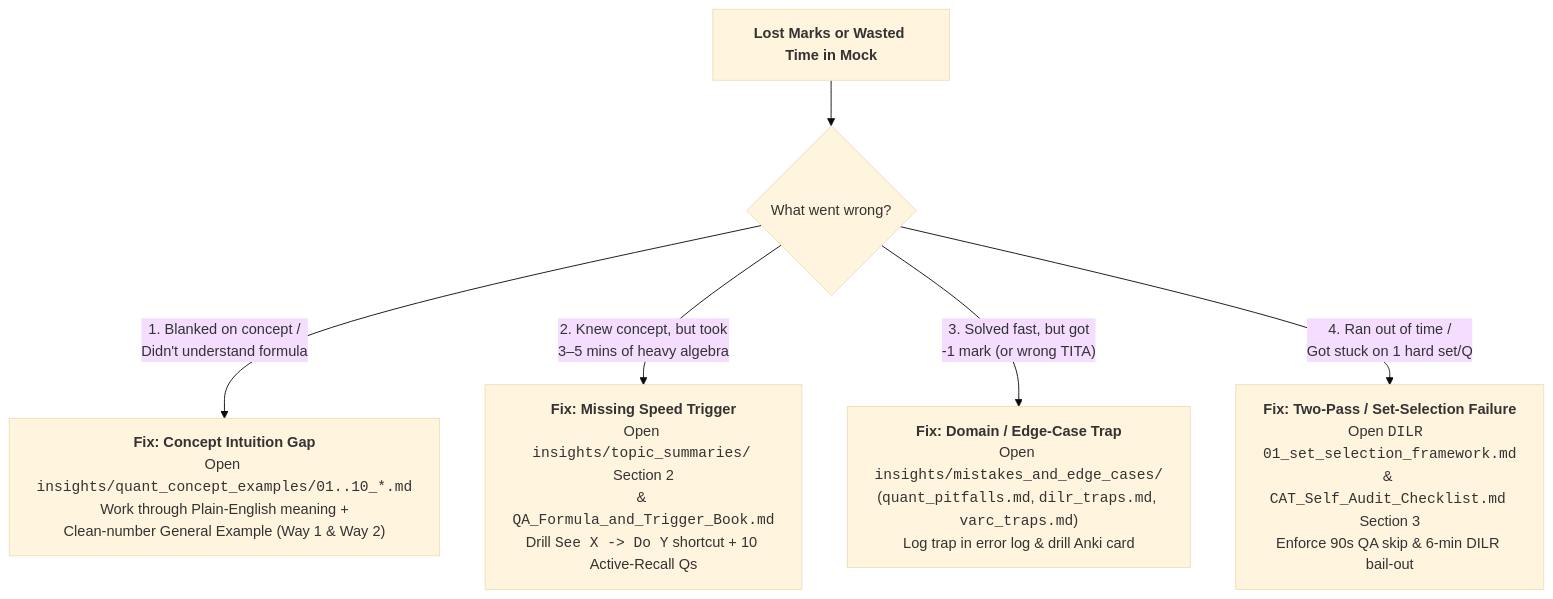
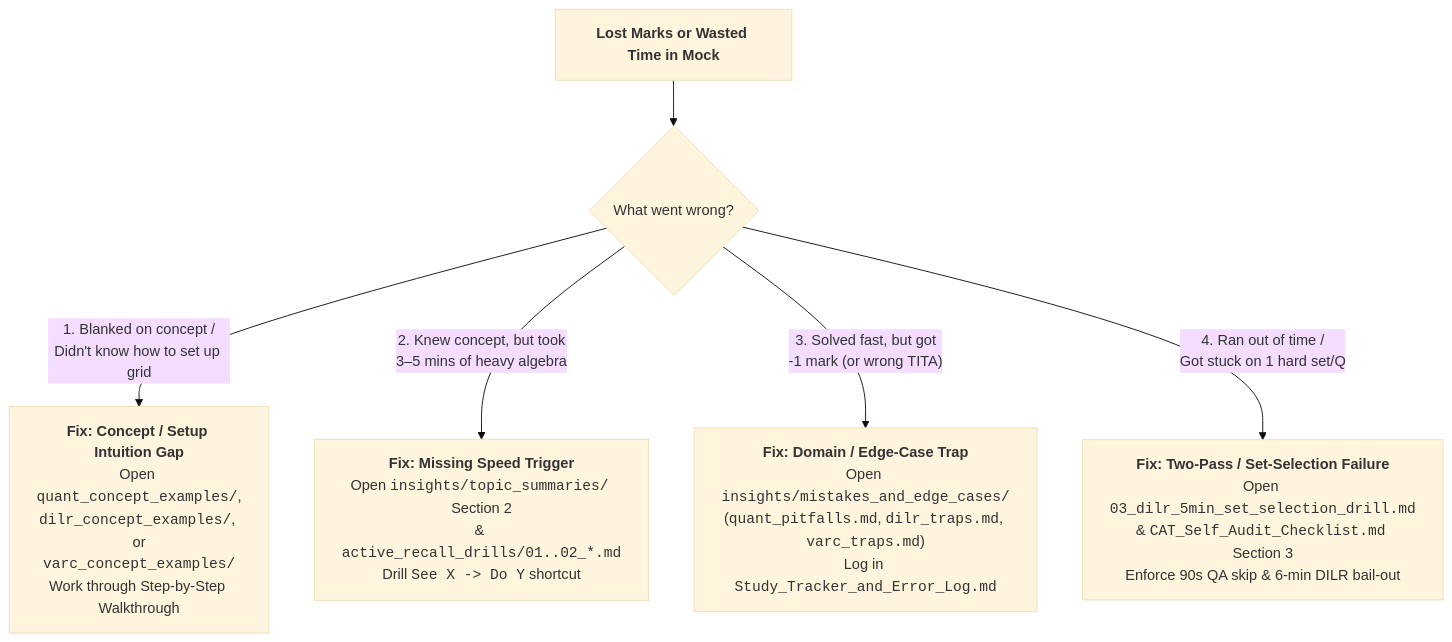
One commit to Vallabhkejgir/CAT-Prep changed the third of 3 diagrams in insights/CAT_Study_Roadmap_and_Flow.md. Above: the diagram before and after it, drawn with Mermaid (base theme). The commit also changed other lines of this file and 60 other files, not shown here.

Commit message:
Add DILR/VARC concept examples, CAT 2025 practice papers, active recall drills, and study tracker

````diff
--- a/insights/CAT_Study_Roadmap_and_Flow.md
+++ b/insights/CAT_Study_Roadmap_and_Flow.md
@@ -195,12 +193,12 @@
 ```mermaid
 flowchart TD
     Root["<b>Lost Marks or Wasted Time in Mock</b>"] --> Q1{"What went wrong?"}
 
-    Q1 -->|"1. Blanked on concept /<br/>Didn't understand formula"| Fix1["<b>Fix: Concept Intuition Gap</b><br/>Open <code>insights/quant_concept_examples/01..10_*.md</code><br/>Work through Plain-English meaning +<br/>Clean-number General Example (Way 1 & Way 2)"]
+    Q1 -->|"1. Blanked on concept /<br/>Didn't know how to set up grid"| Fix1["<b>Fix: Concept / Setup Intuition Gap</b><br/>Open <code>quant_concept_examples/</code>,<br/><code>dilr_concept_examples/</code>, or<br/><code>varc_concept_examples/</code><br/>Work through Step-by-Step Walkthrough"]
 
-    Q1 -->|"2. Knew concept, but took<br/>3–5 mins of heavy algebra"| Fix2["<b>Fix: Missing Speed Trigger</b><br/>Open <code>insights/topic_summaries/</code> Section 2<br/>& <code>QA_Formula_and_Trigger_Book.md</code><br/>Drill <code>See X -> Do Y</code> shortcut + 10 Active-Recall Qs"]
+    Q1 -->|"2. Knew concept, but took<br/>3–5 mins of heavy algebra"| Fix2["<b>Fix: Missing Speed Trigger</b><br/>Open <code>insights/topic_summaries/</code> Section 2<br/>& <code>active_recall_drills/01..02_*.md</code><br/>Drill <code>See X -> Do Y</code> shortcut"]
 
-    Q1 -->|"3. Solved fast, but got<br/>-1 mark (or wrong TITA)"| Fix3["<b>Fix: Domain / Edge-Case Trap</b><br/>Open <code>insights/mistakes_and_edge_cases/</code><br/>(<code>quant_pitfalls.md</code>, <code>dilr_traps.md</code>, <code>varc_traps.md</code>)<br/>Log trap in error log & drill Anki card"]
+    Q1 -->|"3. Solved fast, but got<br/>-1 mark (or wrong TITA)"| Fix3["<b>Fix: Domain / Edge-Case Trap</b><br/>Open <code>insights/mistakes_and_edge_cases/</code><br/>(<code>quant_pitfalls.md</code>, <code>dilr_traps.md</code>, <code>varc_traps.md</code>)<br/>Log in <code>Study_Tracker_and_Error_Log.md</code>"]
 
-    Q1 -->|"4. Ran out of time /<br/>Got stuck on 1 hard set/Q"| Fix4["<b>Fix: Two-Pass / Set-Selection Failure</b><br/>Open <code>DILR 01_set_selection_framework.md</code><br/>& <code>CAT_Self_Audit_Checklist.md</code> Section 3<br/>Enforce 90s QA skip & 6-min DILR bail-out"]
+    Q1 -->|"4. Ran out of time /<br/>Got stuck on 1 hard set/Q"| Fix4["<b>Fix: Two-Pass / Set-Selection Failure</b><br/>Open <code>03_dilr_5min_set_selection_drill.md</code><br/>& <code>CAT_Self_Audit_Checklist.md</code> Section 3<br/>Enforce 90s QA skip & 6-min DILR bail-out"]
 ```
````
